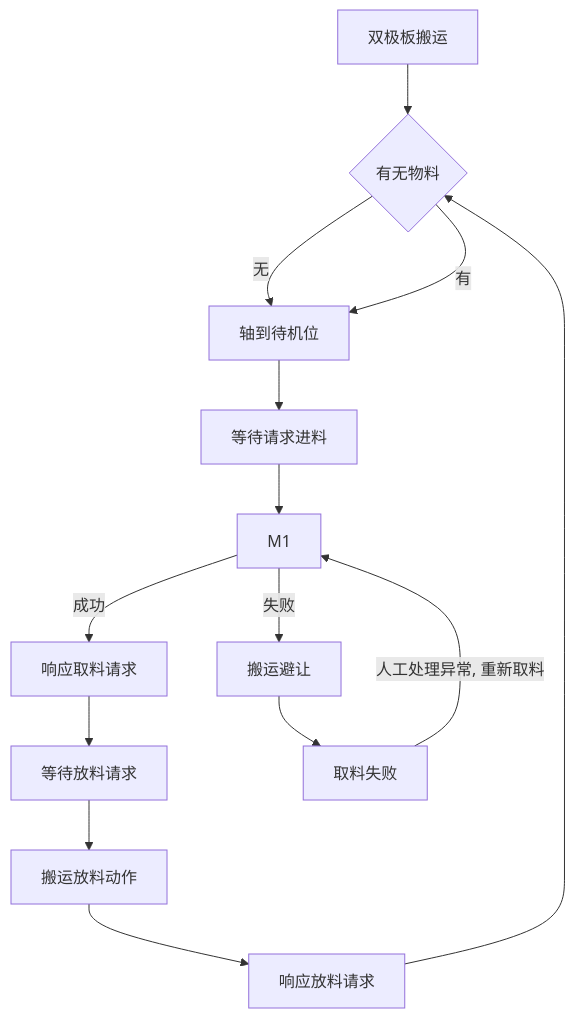
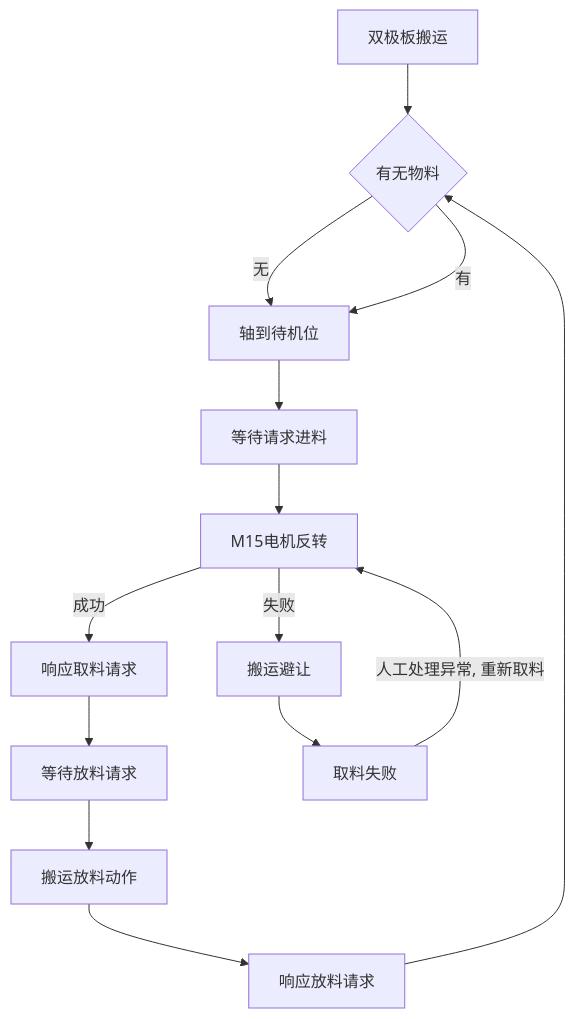
One commit to PengKun1/iodraw-files changed the diagram in all/未命名-1.md. Above: the diagram before and after it, drawn with Mermaid.

Commit message:
2024-08-20 11:00:34 update

````diff
--- a/all/未命名-1.md
+++ b/all/未命名-1.md
@@ -1,18 +1,18 @@
 ```mermaid
 graph TD
 0[双极板搬运]-->10
 10{有无物料}-->|无|20
 10-->|有|20
 20[轴到待机位]-->30
 30[等待请求进料]-->40
-40[M1]-->|成功|50
+40[M15电机反转]-->|成功|50
 40-->|失败|90
 50[响应取料请求]-->60
 60[等待放料请求]-->70
 70[搬运放料动作]-->80
 80[响应放料请求]-->10
 
 90[搬运避让]-->900
 
 900[取料失败]-->|人工处理异常, 重新取料|40
 ```
````
